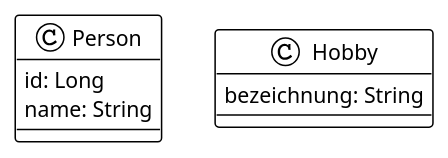
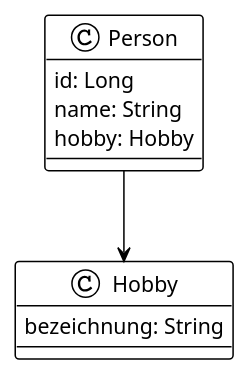
The fourth of 4 diagrams in asciidocs/index.adoc (2324-4chif-wmc/2324-4chif-wmc-lecture-notes), drawn with PlantUML before and after one commit. The commit also changed other lines of this file, not shown here.

```diff
--- a/asciidocs/index.adoc
+++ b/asciidocs/index.adoc
@@ -319,16 +319,20 @@
 [plantuml,assoziationen,svg]
 ----
 @startuml
 !theme plain
 
 class Person {
   id: Long
   name: String
+  hobby: Hobby
 }
 
 class Hobby {
   bezeichnung: String
+  'persons: List<Person>
 }
+
+Person --> Hobby
 
 @enduml
 ----
```
